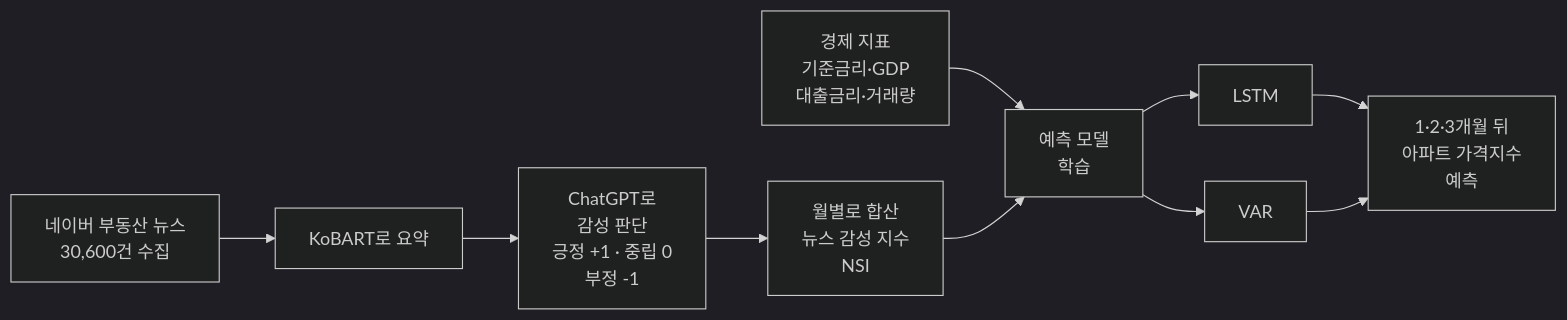
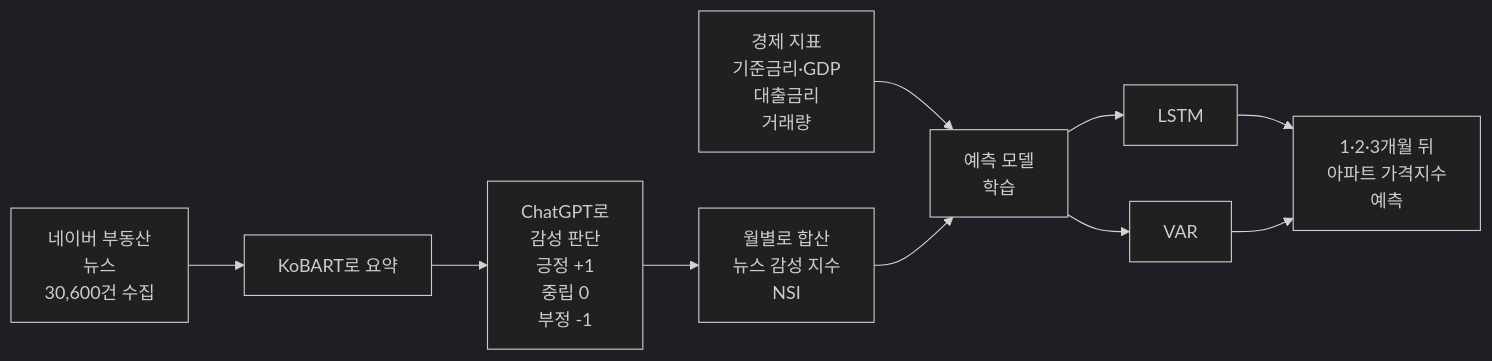
Before and after one commit to mjk022/portfolio: the first of 2 diagrams in 아파트매매가격예측/README.md, drawn with Mermaid (dark theme). The commit also changed other lines of this file and 5 other files, not shown here.

Commit message:
README 다이어그램 라벨을 8자 이내 줄로 나눠 글자 단위 줄바꿈 방지

````diff
--- a/아파트매매가격예측/README.md
+++ b/아파트매매가격예측/README.md
@@ -39,11 +39,11 @@
 ```mermaid
 flowchart LR
-    A[네이버 부동산 뉴스<br/>30,600건 수집] --> B[KoBART로 요약]
-    B --> C[ChatGPT로<br/>감성 판단<br/>긍정 +1 · 중립 0<br/>부정 -1]
+    A[네이버 부동산<br/>뉴스<br/>30,600건 수집] --> B[KoBART로 요약]
+    B --> C[ChatGPT로<br/>감성 판단<br/>긍정 +1<br/>중립 0<br/>부정 -1]
     C --> D[월별로 합산<br/>뉴스 감성 지수<br/>NSI]
-    E[경제 지표<br/>기준금리·GDP<br/>대출금리·거래량] --> F[예측 모델<br/>학습]
+    E[경제 지표<br/>기준금리·GDP<br/>대출금리<br/>거래량] --> F[예측 모델<br/>학습]
     D --> F
     F --> G1[LSTM]
     F --> G2[VAR]
     G1 & G2 --> H[1·2·3개월 뒤<br/>아파트 가격지수<br/>예측]
 ```
````
